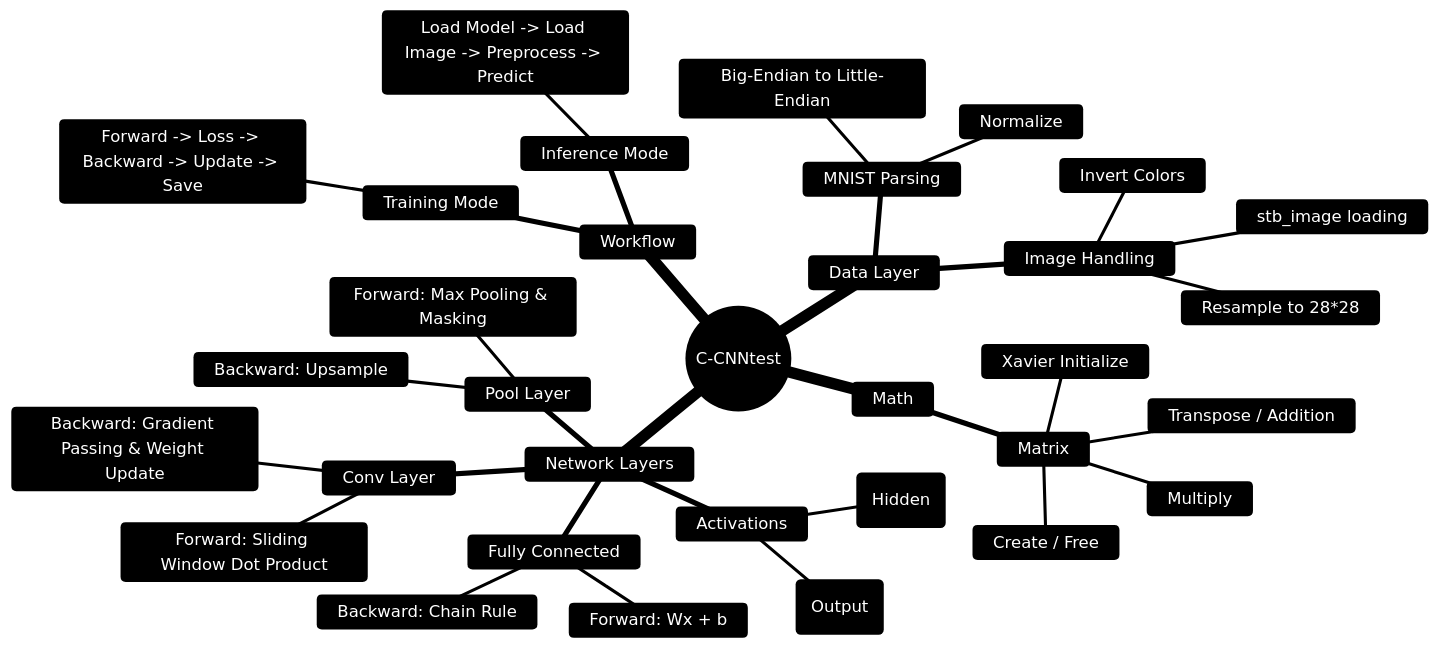
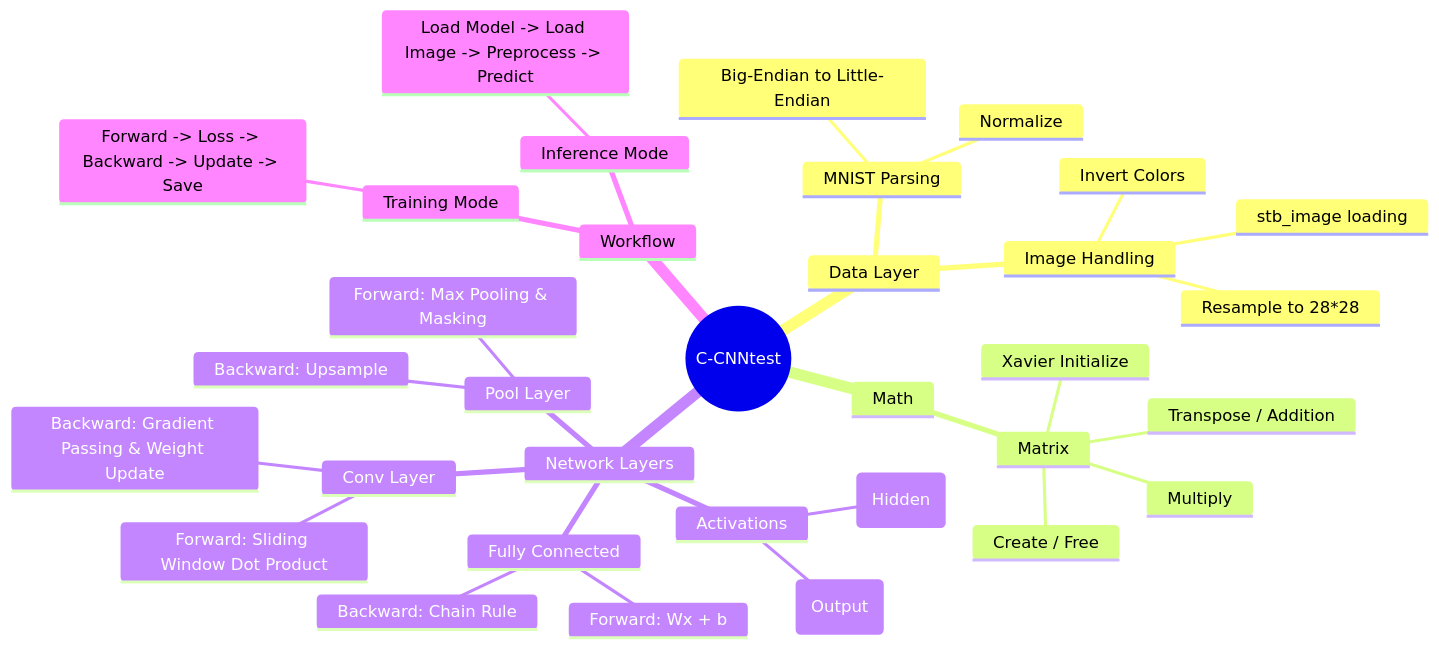
Before and after one commit to Shizuku-in/C-CNNtest: the first of 2 diagrams in README.md, drawn with Mermaid.

````diff
--- a/README.md
+++ b/README.md
@@ -9,45 +9,36 @@
 ```mermaid
-%%{init: {
-  'theme': 'base',
-  'themeVariables': {
-    'primaryColor': '#202020',
-    'primaryTextColor': '#fff',
-    'lineColor': '#00ff99',
-    'mindmapShapeColor': '#333'
-  }
-}}%%
 mindmap
   root((C-CNNtest))
     Data Layer
       MNIST Parsing
         Big-Endian to Little-Endian
         Normalize
       Image Handling
         stb_image loading
         Resample to 28*28
         Invert Colors
     Math
       Matrix
         Create / Free
         Multiply
         Transpose / Addition
         Xavier Initialize
     Network Layers
       Conv Layer
         Forward: Sliding Window Dot Product
         Backward: Gradient Passing & Weight Update
       Pool Layer
         Forward: Max Pooling & Masking
         Backward: Upsample
       Fully Connected
         Forward: Wx + b
         Backward: Chain Rule
       Activations
         ReLU (Hidden)
         Softmax (Output)
     Workflow
       Training Mode
         Forward -> Loss -> Backward -> Update -> Save
       Inference Mode
         Load Model -> Load Image -> Preprocess -> Predict
 ```
````
